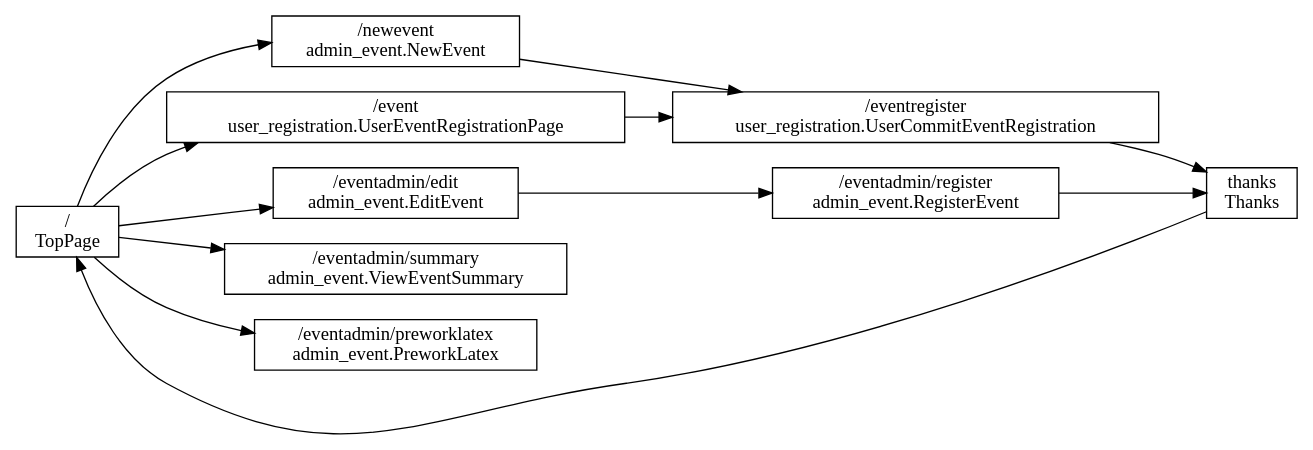
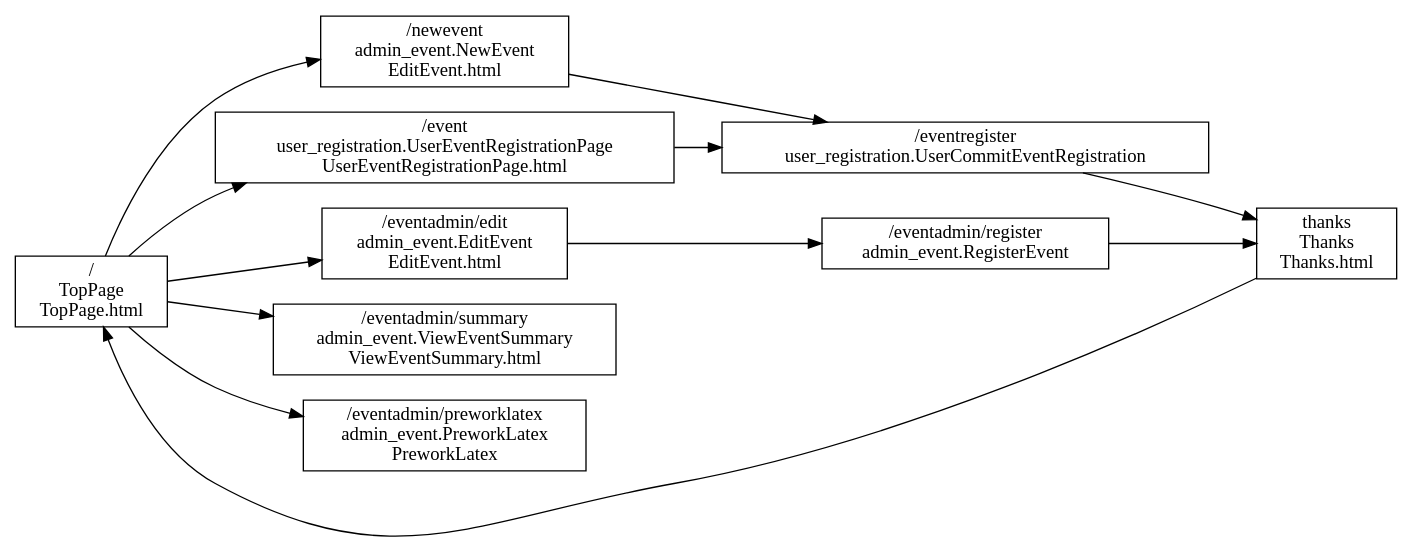
The diagram in image201001/debian-reservation-flow.dot (dancerj/monthly-report), drawn with Graphviz before and after one commit. The commit also changed 2 other files, not shown here.

```diff
--- a/image201001/debian-reservation-flow.dot
+++ b/image201001/debian-reservation-flow.dot
@@ -1,31 +1,31 @@
 // dot -T ps < debian-reservation-flow.dot > debian-reservation-flow.eps
 digraph structure {
 	rankdir="LR";
 	node[shape=record];
-	toppage [label="/\nTopPage"];
-	newevent [label="/newevent\nadmin_event.NewEvent"];
-	event [label="/event\nuser_registration.UserEventRegistrationPage"];
+	toppage [label="/\nTopPage\nTopPage.html"];
+	newevent [label="/newevent\nadmin_event.NewEvent\nEditEvent.html"];
+	event [label="/event\nuser_registration.UserEventRegistrationPage\nUserEventRegistrationPage.html"];
 	eventregister [label="/eventregister\nuser_registration.UserCommitEventRegistration"];
-	adminedit [label="/eventadmin/edit\nadmin_event.EditEvent"];
+	adminedit [label="/eventadmin/edit\nadmin_event.EditEvent\nEditEvent.html"];
 	adminregister [label="/eventadmin/register\nadmin_event.RegisterEvent"];
-	adminsummary [label="/eventadmin/summary\nadmin_event.ViewEventSummary"];
-	adminpreworklatex [label="/eventadmin/preworklatex\nadmin_event.PreworkLatex"];
-	thanks [label="thanks\nThanks"];
+	adminsummary [label="/eventadmin/summary\nadmin_event.ViewEventSummary\nViewEventSummary.html"];
+	adminpreworklatex [label="/eventadmin/preworklatex\nadmin_event.PreworkLatex\nPreworkLatex"];
+	thanks [label="thanks\nThanks\nThanks.html"];
 
 	node [arrowType=normal];
 
 	toppage -> event;
 	toppage -> newevent;
 	newevent -> eventregister;
 	event -> eventregister;
 	eventregister -> thanks;
 	thanks -> toppage;
 
 	toppage -> adminedit;
 	adminedit -> adminregister -> thanks;
 
 	toppage -> adminsummary;
 
 	toppage -> adminpreworklatex;
 
 }
```
